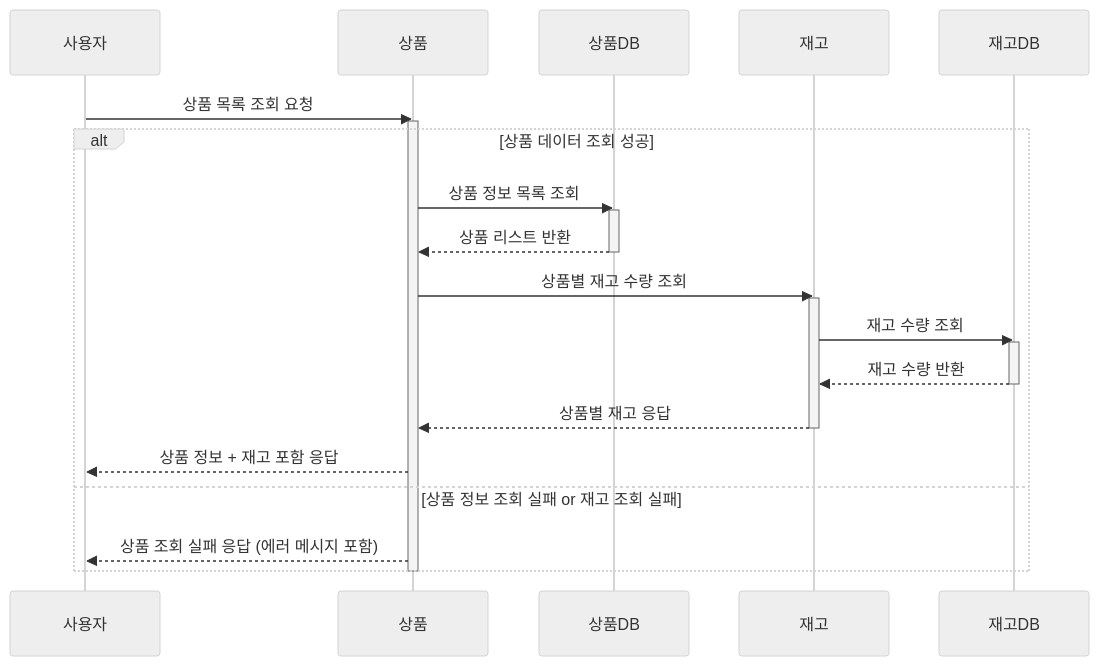
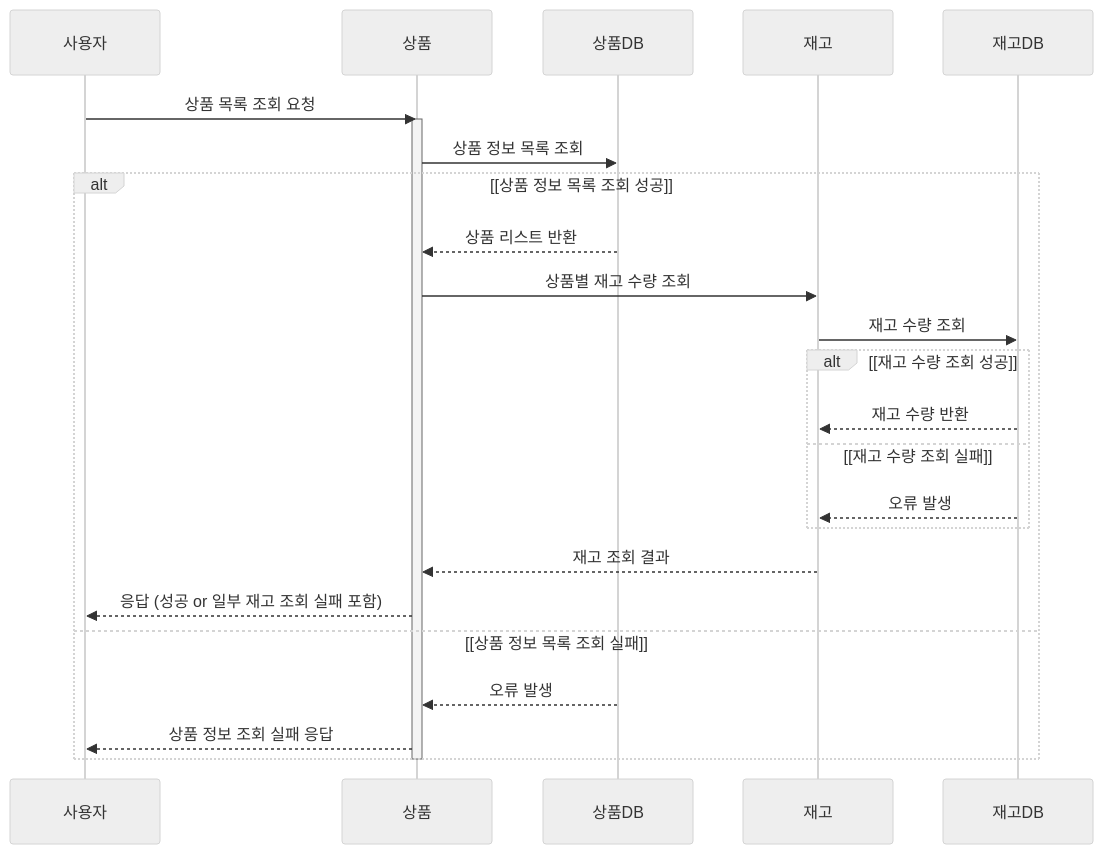
Before and after one commit to developerOlive/hhplus-e-commerce: the second of 10 diagrams in docs/03_Sequence_Diagram.md, drawn with Mermaid (neutral theme).

Commit message:
docs: 상품/재고 조회 실패 시점 구분 반영하여 시퀀스 다이어그램 개선
[ AS-IS ]
상품 정보를 불러오지 못한 경우에는 재고 조회가 일어나지 않지만
이 흐름이 한 조건 안에 포함돼 있어 오해의 여지가 있음.

[ TO-BE ]
실패 시점에 따라 흐름을 명확히 분리하여
실제 시스템 동작에 더 가깝고 직관적으로 해석될 수 있도록 개선함.

````diff
--- a/docs/03_Sequence_Diagram.md
+++ b/docs/03_Sequence_Diagram.md
@@ -80,28 +80,29 @@
 ```mermaid
 sequenceDiagram
     participant 사용자
     participant 상품
     participant 상품DB
     participant 재고
     participant 재고DB
+
     사용자->>상품: 상품 목록 조회 요청
     activate 상품
-    alt 상품 데이터 조회 성공
-        상품->>상품DB: 상품 정보 목록 조회
-        activate 상품DB
+
+    상품->>상품DB: 상품 정보 목록 조회
+    alt [상품 정보 목록 조회 성공]
         상품DB-->>상품: 상품 리스트 반환
-        deactivate 상품DB
         상품->>재고: 상품별 재고 수량 조회
-        activate 재고
         재고->>재고DB: 재고 수량 조회
-        activate 재고DB
-        재고DB-->>재고: 재고 수량 반환
-        deactivate 재고DB
-        재고-->>상품: 상품별 재고 응답
-        deactivate 재고
-        상품-->>사용자: 상품 정보 + 재고 포함 응답
-    else 상품 정보 조회 실패 or 재고 조회 실패
-        상품-->>사용자: 상품 조회 실패 응답 (에러 메시지 포함)
+        alt [재고 수량 조회 성공]
+            재고DB-->>재고: 재고 수량 반환
+        else [재고 수량 조회 실패]
+            재고DB-->>재고: 오류 발생
+        end
+        재고-->>상품: 재고 조회 결과
+        상품-->>사용자: 응답 (성공 or 일부 재고 조회 실패 포함)
+    else [상품 정보 목록 조회 실패]
+        상품DB-->>상품: 오류 발생
+        상품-->>사용자: 상품 정보 조회 실패 응답
     end
     deactivate 상품
 ```
````
